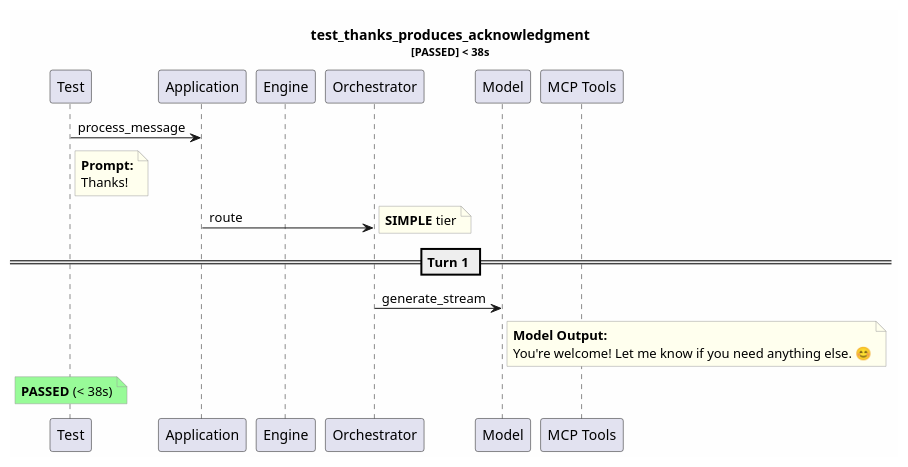
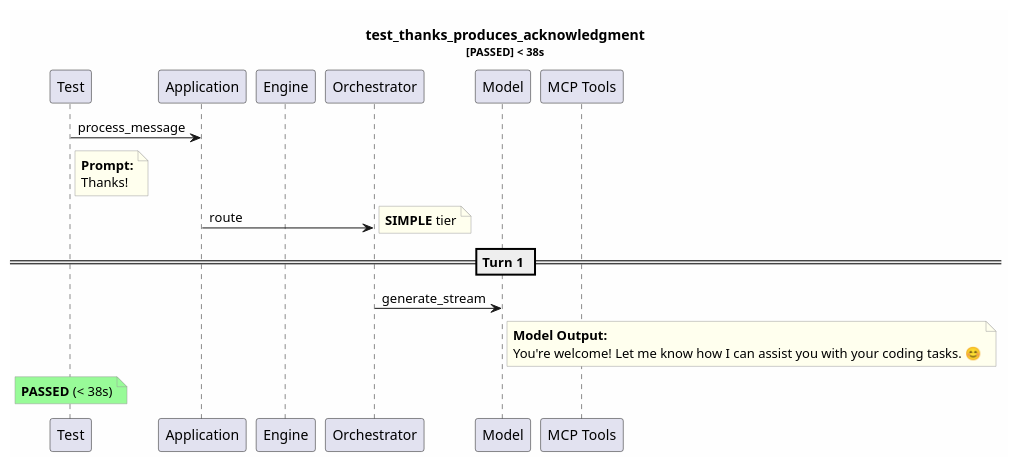
One commit to tvanfossen/entropic changed the diagram in test-reports/logs/test_thanks_produces_acknowledgment/test_thanks_produces_acknowledgment.puml. Above: the diagram before and after it, drawn with PlantUML. The commit also changed 76 other files, not shown here.

```diff
--- a/test-reports/logs/test_thanks_produces_acknowledgment/test_thanks_produces_acknowledgment.puml
+++ b/test-reports/logs/test_thanks_produces_acknowledgment/test_thanks_produces_acknowledgment.puml
@@ -1,31 +1,31 @@
 @startuml
 skinparam backgroundColor #FEFEFE
 skinparam noteBorderColor #999999
 skinparam noteBackgroundColor #FFFFEE
 title test_thanks_produces_acknowledgment\n<size:11>[PASSED] < 38s</size>
 
 participant "Test" as T
 participant "Application" as App
 participant "Engine" as Eng
 participant "Orchestrator" as Orch
 participant "Model" as Mdl
 participant "MCP Tools" as MCP
 
 T -> App: process_message
 note right of T
   **Prompt:**
   Thanks!
 end note
 App -> Orch: route
 note right: **SIMPLE** tier
 == Turn 1 ==
 Orch -> Mdl: generate_stream
 note right of Mdl
   **Model Output:**
-  You're welcome! Let me know if you need anything else. 😊
+  You're welcome! Let me know how I can assist you with your coding tasks. 😊
 end note
 note over T #palegreen
   **PASSED** (< 38s)
 end note
 
 @enduml
```
